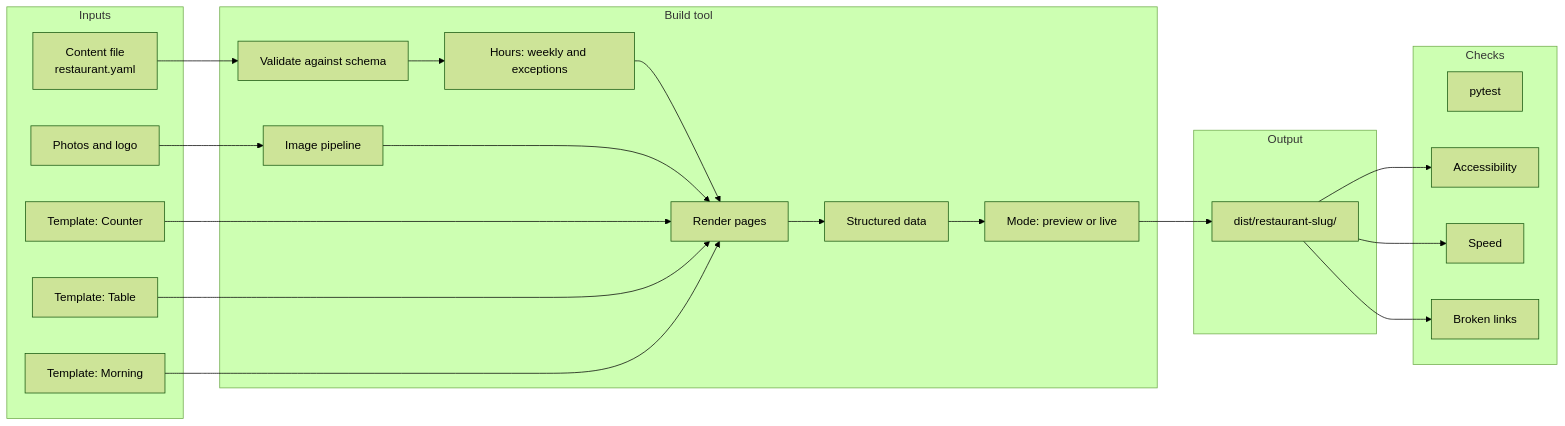
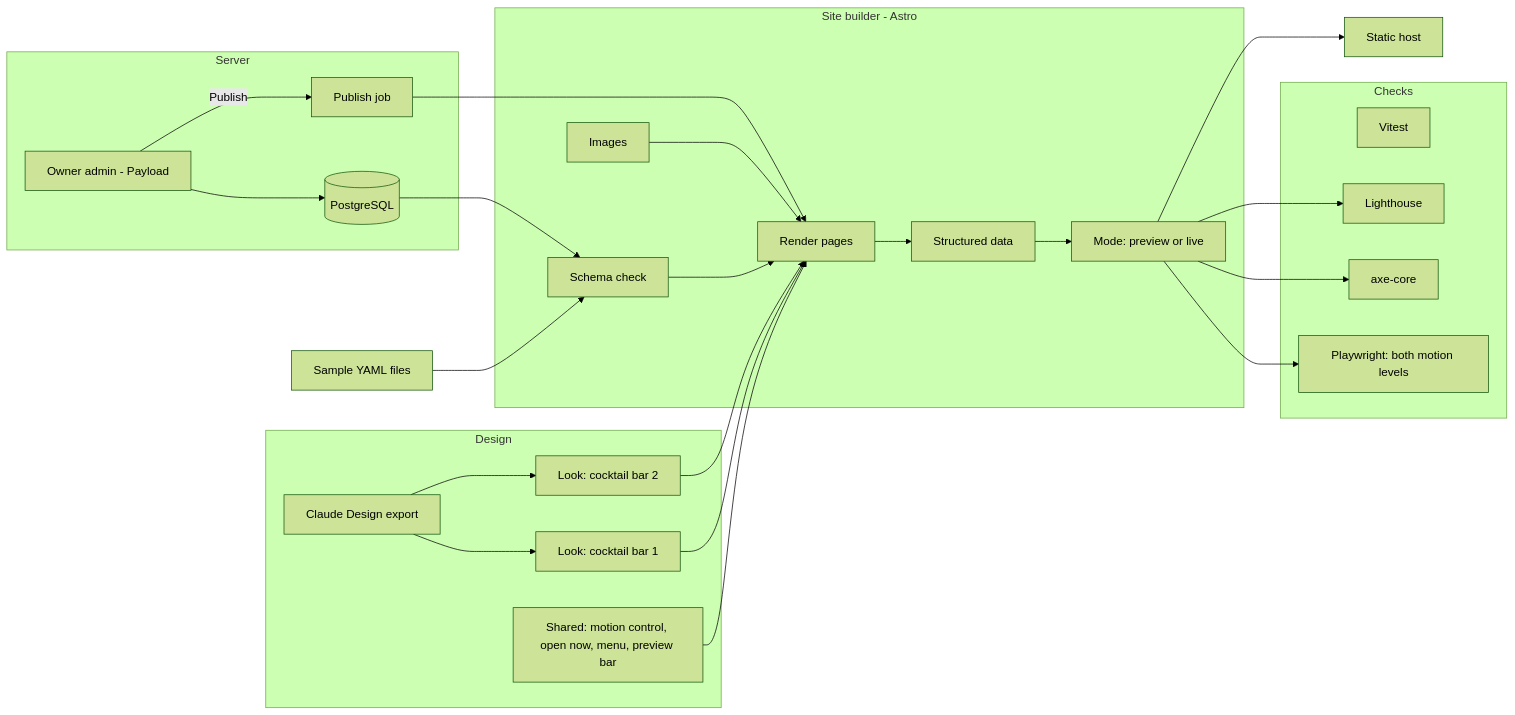
One commit to MoAbboud/PortFolio changed the diagram in menufactory/requirements/03-architecture.md. Above: the diagram before and after it, drawn with Mermaid (forest theme). The commit also changed other lines of this file and 13 other files, not shown here.

Commit message:
menufactory: keep only the latest requirements in menufactory/ and drop resto-dir/, plus the layer - a separate product, one pasted script that draws motion over a venue's existing site, independent of the library of full sites

````diff
--- a/menufactory/requirements/03-architecture.md
+++ b/menufactory/requirements/03-architecture.md
@@ -28,40 +68,51 @@
 ```mermaid
 flowchart LR
-    subgraph inputs[Inputs]
-        CF[Content file<br/>restaurant.yaml]
-        PH[Photos and logo]
-        T1[Template: Counter]
-        T2[Template: Table]
-        T3[Template: Morning]
+    subgraph design[Design]
+        CD[Claude Design export]
+        L1[Look: cocktail bar 1]
+        L2[Look: cocktail bar 2]
+        SH[Shared: motion control, open now, menu, preview bar]
     end
 
-    subgraph tool[Build tool]
-        VAL[Validate against schema]
-        HRS[Hours: weekly and exceptions]
-        IMG[Image pipeline]
+    subgraph server[Server]
+        ADM[Owner admin - Payload]
+        PG[(PostgreSQL)]
+        PUB[Publish job]
+    end
+
+    subgraph builder[Site builder - Astro]
+        SCH[Schema check]
         RND[Render pages]
+        IMG[Images]
         SD[Structured data]
         MODE[Mode: preview or live]
     end
 
-    subgraph out[Output]
-        DIST[dist/restaurant-slug/]
+    subgraph checks[Checks]
+        UNIT[Vitest]
+        PW[Playwright: both motion levels]
+        AXE[axe-core]
+        LH[Lighthouse]
     end
 
-    subgraph checks[Checks]
-        UNIT[pytest]
-        AXE[Accessibility]
-        LH[Speed]
-        LINKS[Broken links]
-    end
+    HOST[Static host]
+    YAML[Sample YAML files]
 
-    CF --> VAL --> HRS --> RND
-    PH --> IMG --> RND
-    T1 --> RND
-    T2 --> RND
-    T3 --> RND
-    RND --> SD --> MODE --> DIST
-    DIST --> AXE
-    DIST --> LH
-    DIST --> LINKS
+    CD --> L1
+    CD --> L2
+    ADM --> PG
+    ADM -->|Publish| PUB
+    PG --> SCH
+    YAML --> SCH
+    PUB --> RND
+    SCH --> RND
+    L1 --> RND
+    L2 --> RND
+    SH --> RND
+    IMG --> RND
+    RND --> SD --> MODE
+    MODE --> PW
+    MODE --> AXE
+    MODE --> LH
+    MODE --> HOST
 ```
````
